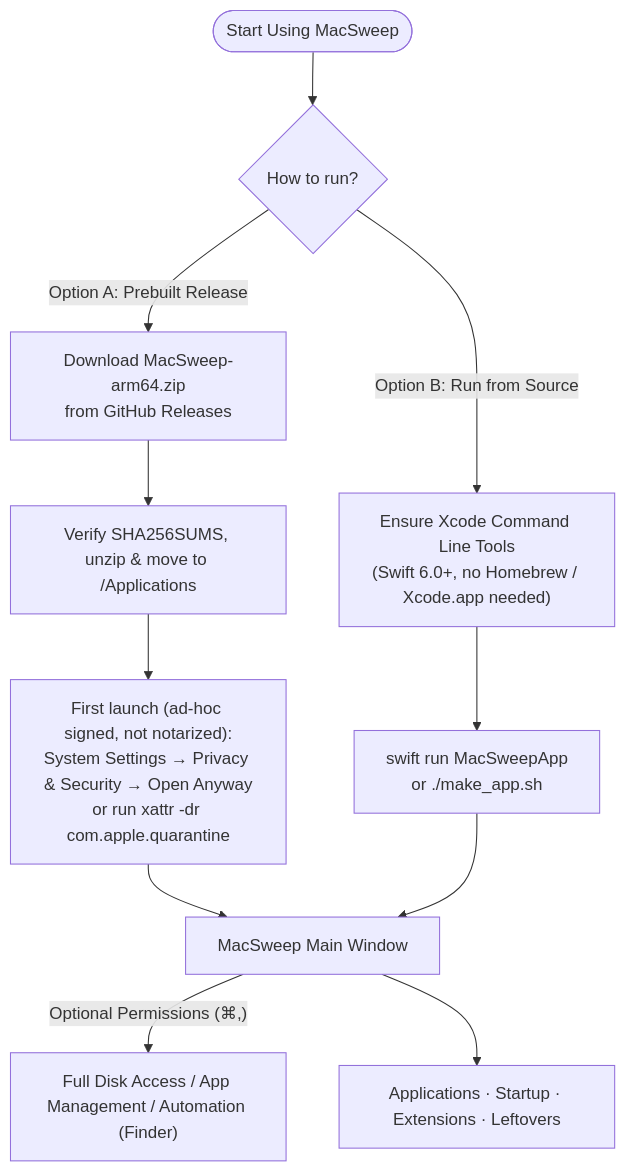
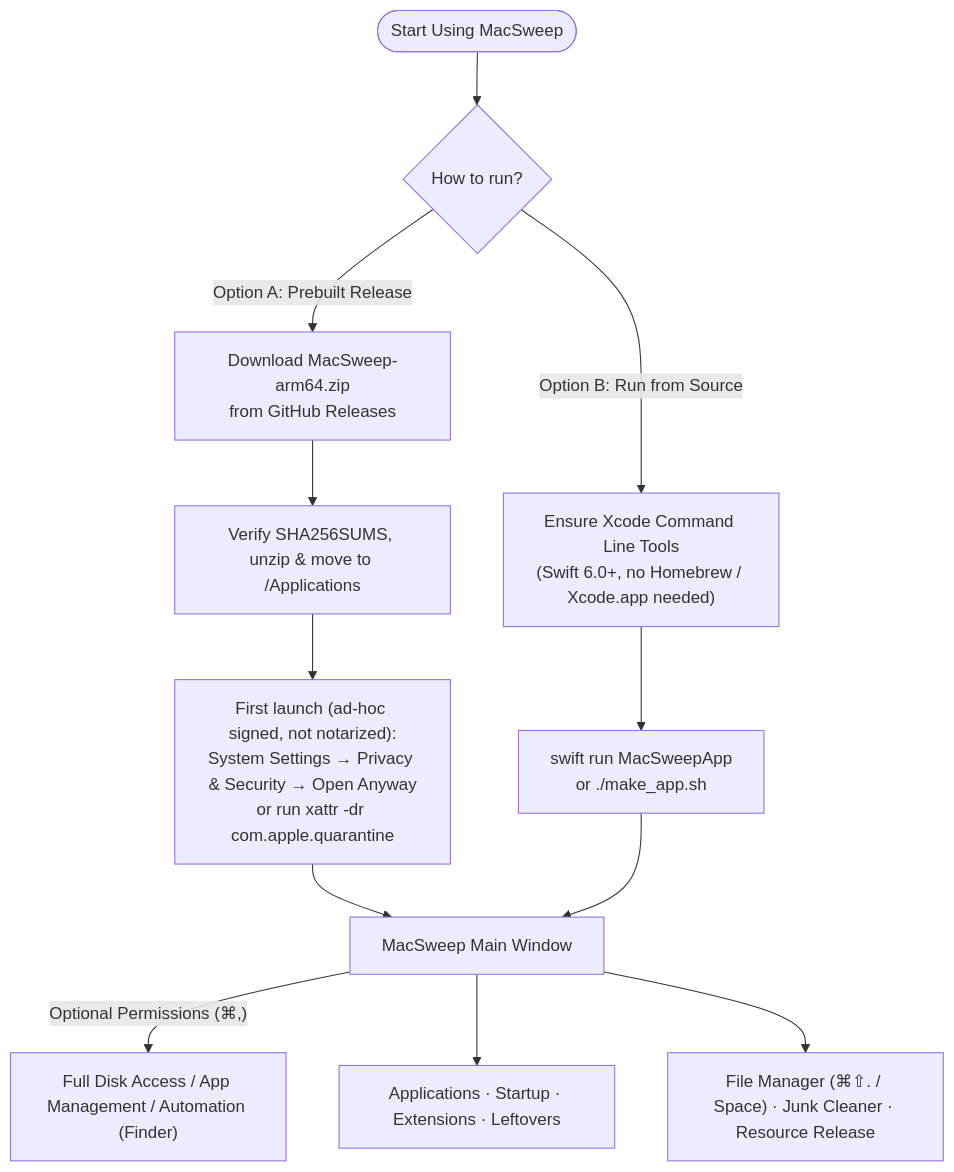
One commit to ChingYung717/MacSweep changed the diagram in README_EN.md. Above: the diagram before and after it, drawn with Mermaid. The commit also changed other lines of this file and 80 other files, not shown here.

First line of the commit message:
feat: add File Manager, Junk Cleaner, Resource Release, sanitized demo screenshots, and E2E suite

````diff
--- a/README_EN.md
+++ b/README_EN.md
@@ -55,13 +146,14 @@
 ```mermaid
 flowchart TD
     S(["Start Using MacSweep"]) --> Q{"How to run?"}
     Q -->|"Option A: Prebuilt Release"| R1["Download MacSweep-arm64.zip\nfrom GitHub Releases"]
     R1 --> R2["Verify SHA256SUMS, unzip & move to /Applications"]
     R2 --> R3["First launch (ad-hoc signed, not notarized):\nSystem Settings → Privacy & Security → Open Anyway\nor run xattr -dr com.apple.quarantine"]
     Q -->|"Option B: Run from Source"| B1["Ensure Xcode Command Line Tools\n(Swift 6.0+, no Homebrew / Xcode.app needed)"]
     B1 --> B2["swift run MacSweepApp\nor ./make_app.sh"]
     R3 --> W["MacSweep Main Window"]
     B2 --> W
     W -->|"Optional Permissions (⌘,)"| P["Full Disk Access / App Management / Automation (Finder)"]
     W --> T1["Applications · Startup · Extensions · Leftovers"]
+    W --> T2["File Manager (⌘⇧. / Space) · Junk Cleaner · Resource Release"]
 ```
````
